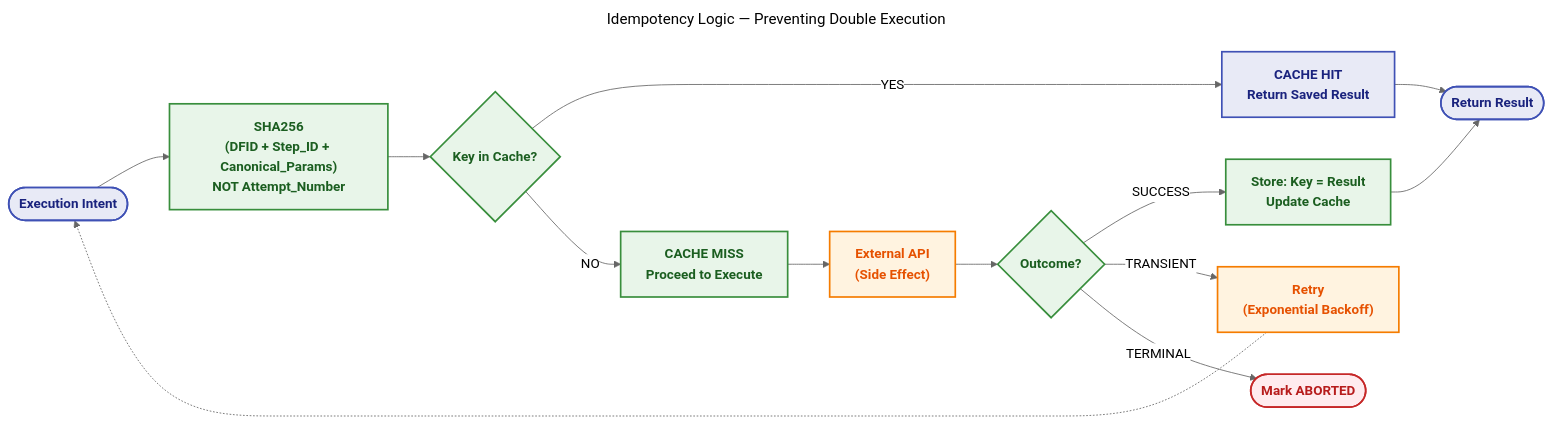
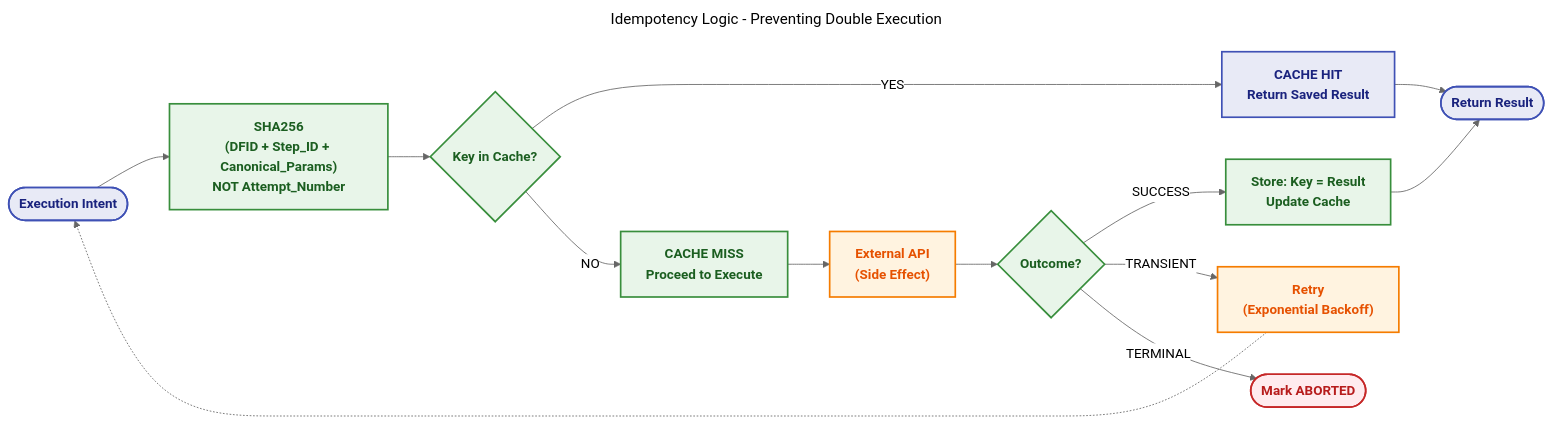
Before and after one commit to huka81/decision-intelligence-runtime: the tenth of 20 diagrams in docs/07-dir-minified/DIR-minified.md, drawn with Mermaid. The commit also changed other lines of this file and 6 other files, not shown here.

````diff
--- a/docs/07-dir-minified/DIR-minified.md
+++ b/docs/07-dir-minified/DIR-minified.md
@@ -1061,29 +1061,29 @@
 ```mermaid
 ---
-title: Idempotency Logic — Preventing Double Execution
+title: Idempotency Logic  -  Preventing Double Execution
 config:
   theme: neutral
   look: classic
 ---
 flowchart LR
     classDef userSpace fill:#E8EAF6,stroke:#3F51B5,stroke-width:2px,color:#1A237E,font-weight:bold
     classDef kernelSpace fill:#E8F5E9,stroke:#388E3C,stroke-width:2px,color:#1B5E20,font-weight:bold
     classDef infraSpace fill:#FFF3E0,stroke:#F57C00,stroke-width:2px,color:#E65100,font-weight:bold
     classDef stop fill:#FFEBEE,stroke:#C62828,stroke-width:2px,color:#B71C1C,font-weight:bold
 
     Intent(["Execution Intent"]):::userSpace
     Hash["SHA256<br>(DFID + Step_ID + Canonical_Params)<br>NOT Attempt_Number"]:::kernelSpace
 
     Intent --> Hash
     Hash --> Check{"Key in Cache?"}:::kernelSpace
     Check -- YES --> Hit["CACHE HIT<br>Return Saved Result"]:::userSpace
     Check -- NO --> Miss["CACHE MISS<br>Proceed to Execute"]:::kernelSpace
     Miss --> API["External API<br>(Side Effect)"]:::infraSpace
     API --> Result{"Outcome?"}:::kernelSpace
     Result -- SUCCESS --> Store["Store: Key = Result<br>Update Cache"]:::kernelSpace
     Store --> Output(["Return Result"]):::userSpace
     Hit --> Output
     Result -- TRANSIENT --> Retry["Retry<br>(Exponential Backoff)"]:::infraSpace
     Result -- TERMINAL --> Abort(["Mark ABORTED"]):::stop
     Retry -.-> Intent
 ```
````
